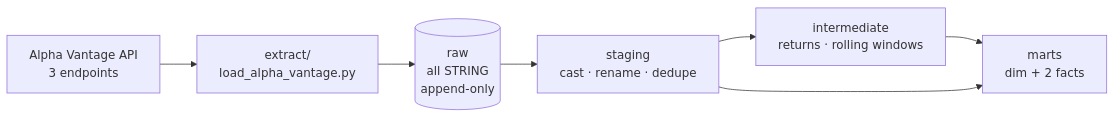
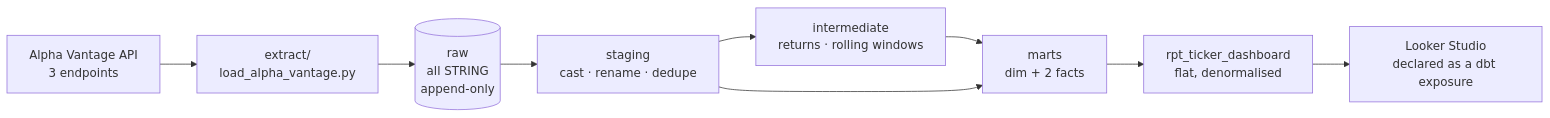
The diagram in README.md (monil-p/Stock_Ticker_Analysis), drawn with Mermaid before and after one commit. The commit also changed other lines of this file and 1 other file, not shown here.

Commit message:
updated read me with looker studio png

````diff
--- a/README.md
+++ b/README.md
@@ -31,9 +36,11 @@
 ```mermaid
 flowchart LR
     API["Alpha Vantage API<br/>3 endpoints"] --> PY["extract/<br/>load_alpha_vantage.py"]
     PY --> RAW[("raw<br/>all STRING<br/>append-only")]
     RAW --> STG["staging<br/>cast · rename · dedupe"]
     STG --> INT["intermediate<br/>returns · rolling windows"]
     INT --> MARTS["marts<br/>dim + 2 facts"]
     STG --> MARTS
+    MARTS --> RPT["rpt_ticker_dashboard<br/>flat, denormalised"]
+    RPT --> BI["Looker Studio<br/>declared as a dbt exposure"]
 ```
````
